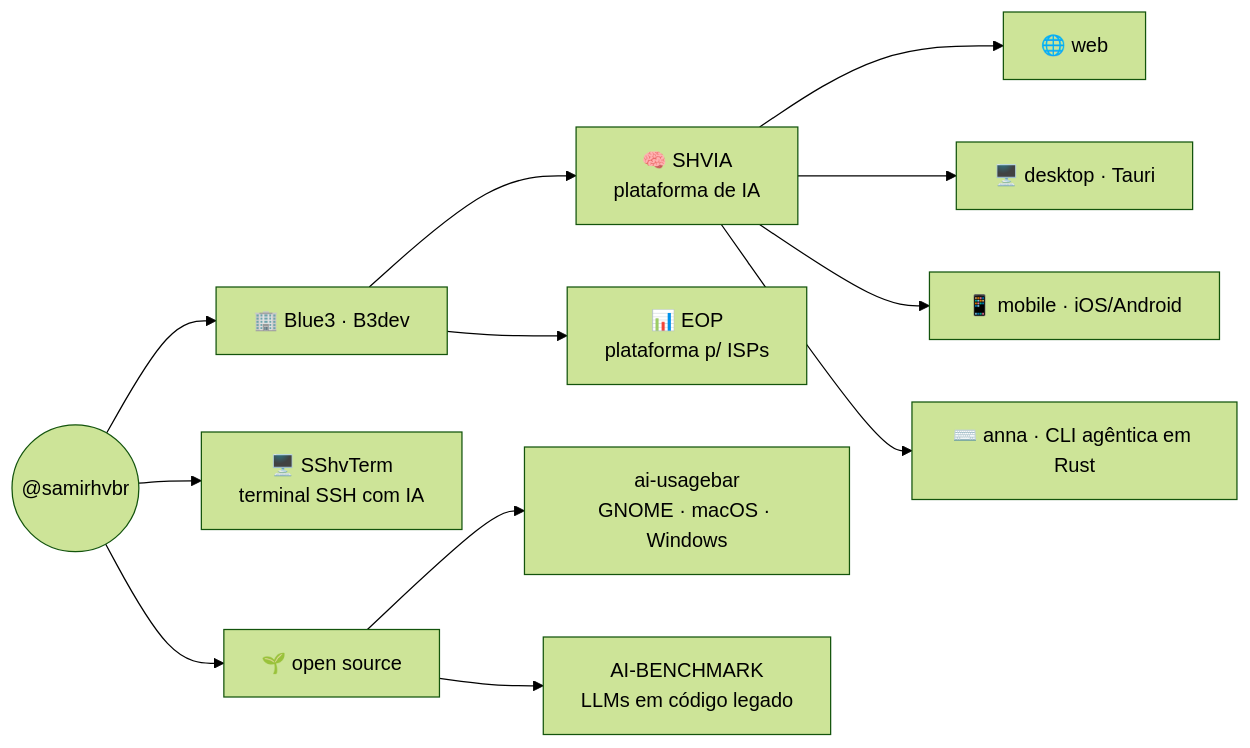
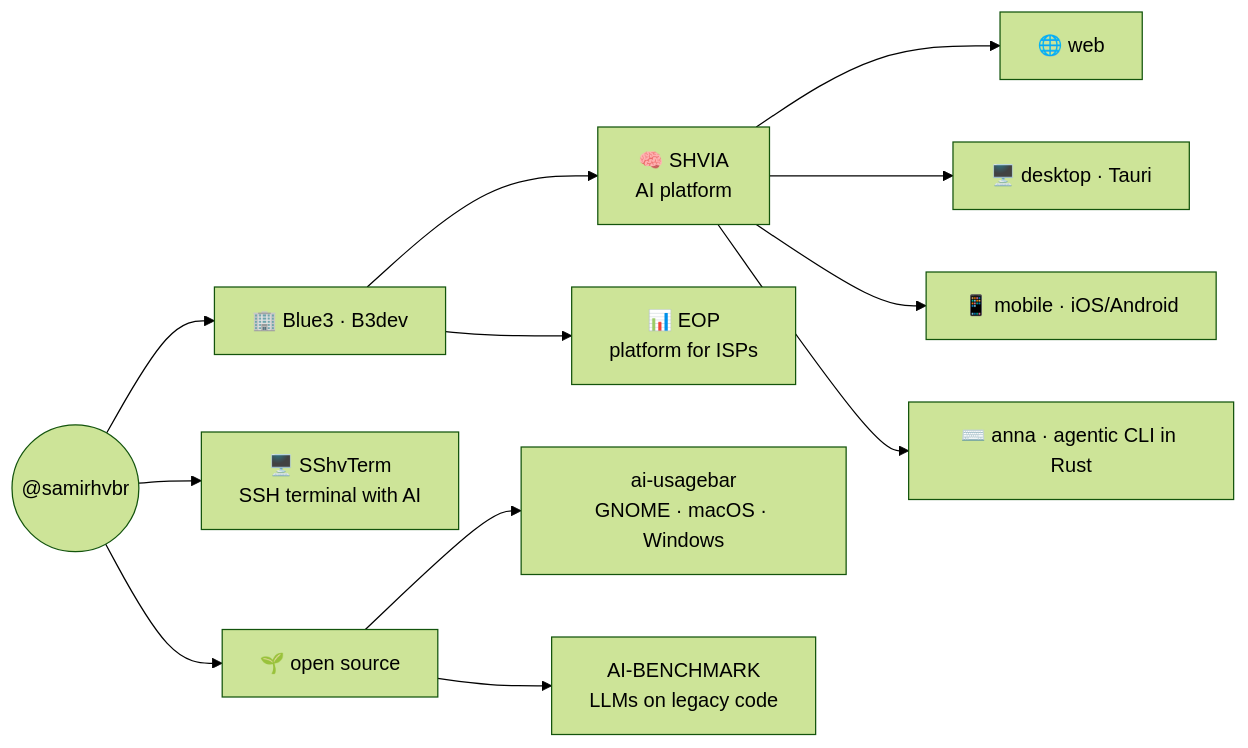
The diagram in README.md (samirhvbr/samirhvbr), drawn with Mermaid (forest theme) before and after one commit. The commit also changed other lines of this file and 2 other files, not shown here.

````diff
--- a/README.md
+++ b/README.md
@@ -29,14 +29,14 @@
 ```mermaid
 graph LR
-    EU(("@samirhvbr")) --> B["🏢 Blue3 · B3dev"]
-    EU --> T["🖥️ SShvTerm<br/>terminal SSH com IA"]
-    EU --> OSS["🌱 open source"]
-    B --> S["🧠 SHVIA<br/>plataforma de IA"]
-    B --> E["📊 EOP<br/>plataforma p/ ISPs"]
+    ME(("@samirhvbr")) --> B["🏢 Blue3 · B3dev"]
+    ME --> T["🖥️ SShvTerm<br/>SSH terminal with AI"]
+    ME --> OSS["🌱 open source"]
+    B --> S["🧠 SHVIA<br/>AI platform"]
+    B --> E["📊 EOP<br/>platform for ISPs"]
     S --> W["🌐 web"]
     S --> D["🖥️ desktop · Tauri"]
     S --> M["📱 mobile · iOS/Android"]
-    S --> A["⌨️ anna · CLI agêntica em Rust"]
+    S --> A["⌨️ anna · agentic CLI in Rust"]
     OSS --> U["ai-usagebar<br/>GNOME · macOS · Windows"]
-    OSS --> LEB["AI-BENCHMARK<br/>LLMs em código legado"]
+    OSS --> LEB["AI-BENCHMARK<br/>LLMs on legacy code"]
 ```
````
